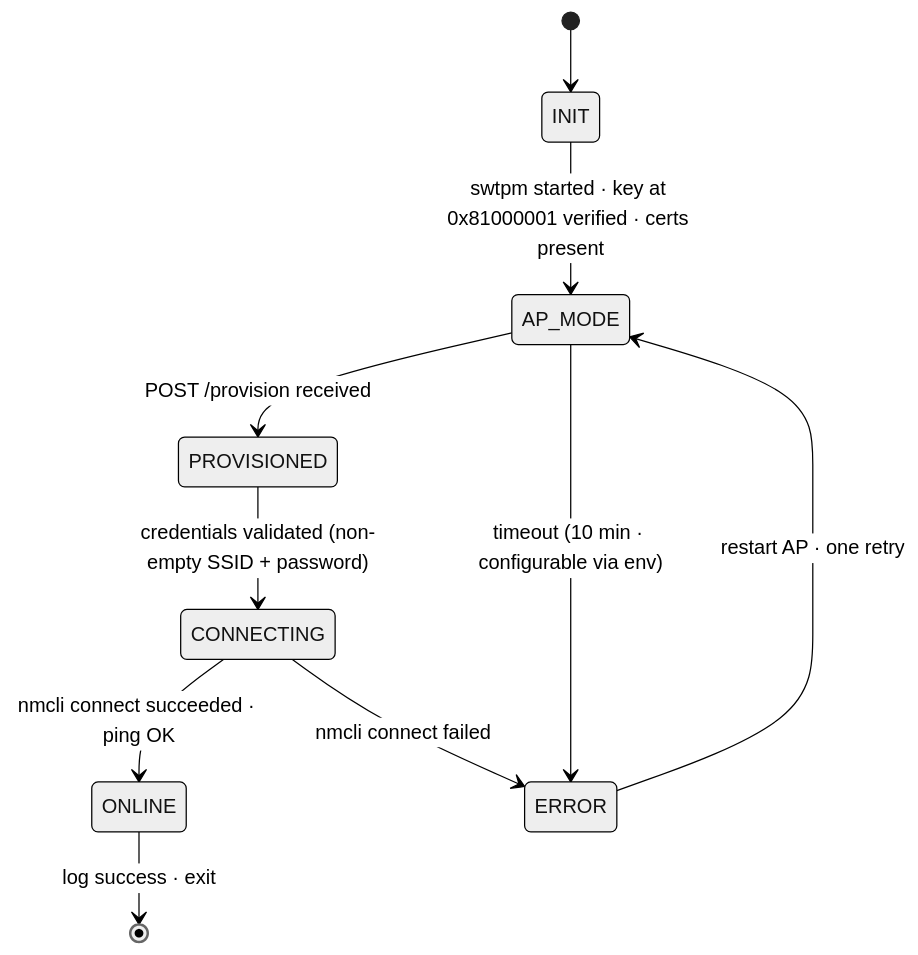
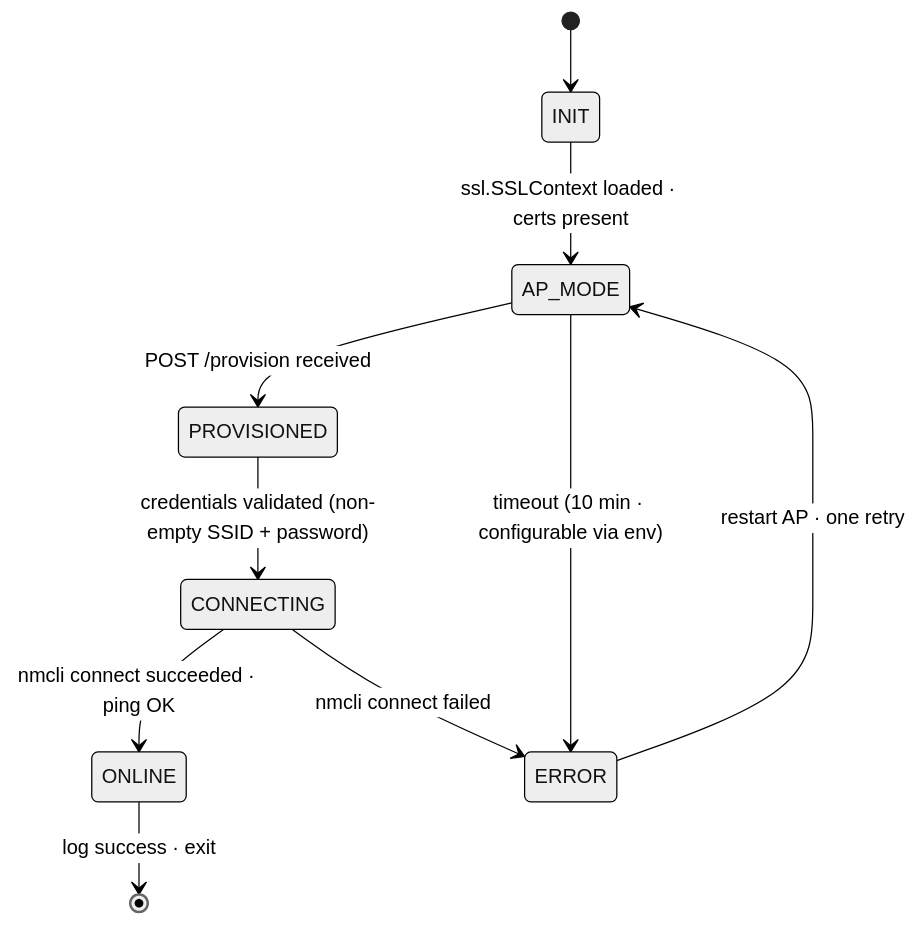
Before and after one commit to wajntr-a/teton-challenge: the third of 4 diagrams in docs/architecture.md, drawn with Mermaid (neutral theme). The commit also changed other lines of this file, not shown here.

First line of the commit message:
docs: update architecture.md — remove TPM/swtpm, add scale-up options A/B/C

````diff
--- a/docs/architecture.md
+++ b/docs/architecture.md
@@ -97,12 +94,12 @@
 ```mermaid
 stateDiagram-v2
   [*] --> INIT
-  INIT --> AP_MODE : swtpm started · key at 0x81000001 verified · certs present
+  INIT --> AP_MODE : ssl.SSLContext loaded · certs present
   AP_MODE --> PROVISIONED : POST /provision received
   PROVISIONED --> CONNECTING : credentials validated (non-empty SSID + password)
   CONNECTING --> ONLINE : nmcli connect succeeded · ping OK
   CONNECTING --> ERROR : nmcli connect failed
   ONLINE --> [*] : log success · exit
   ERROR --> AP_MODE : restart AP · one retry
   AP_MODE --> ERROR : timeout (10 min · configurable via env)
 ```
````
